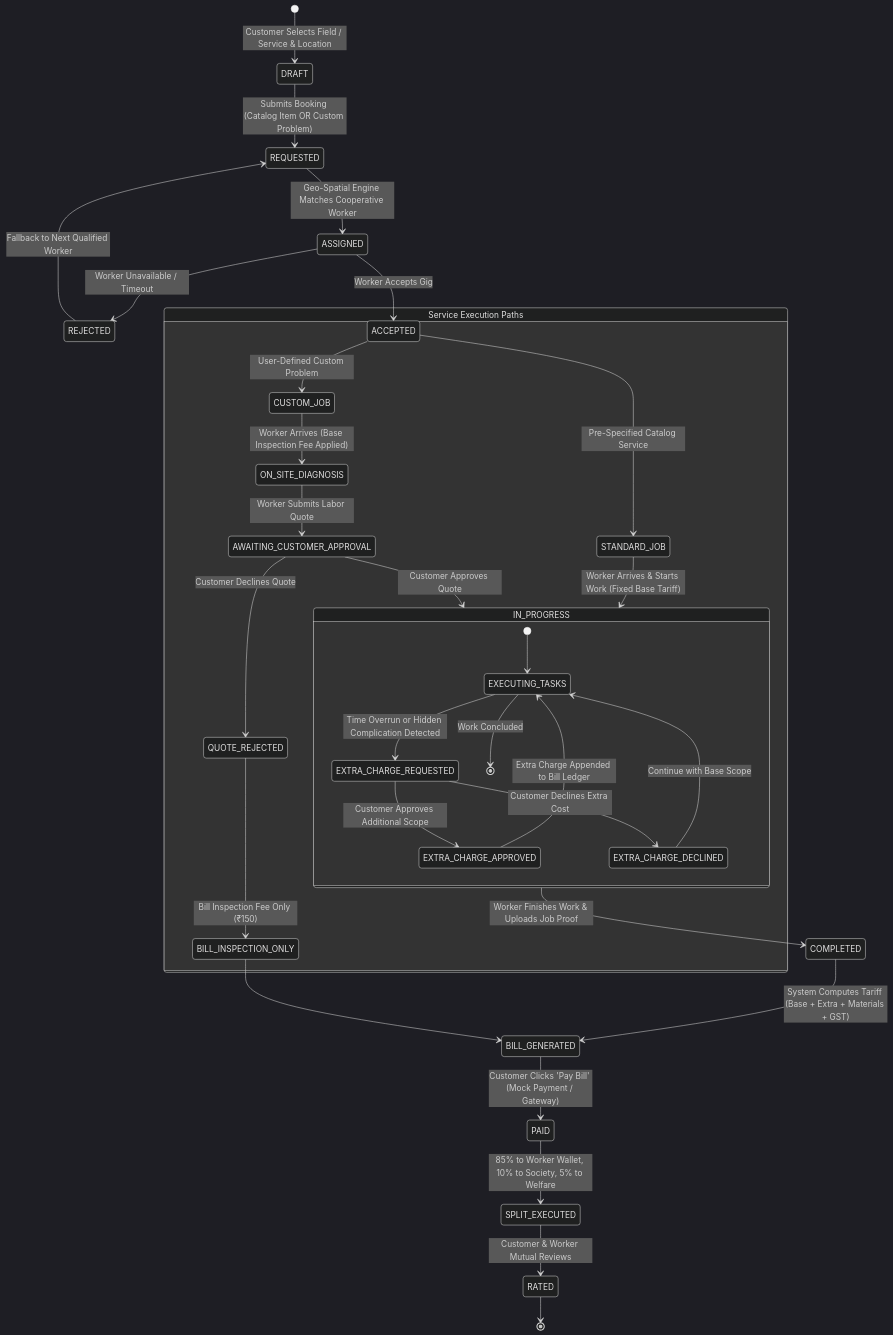
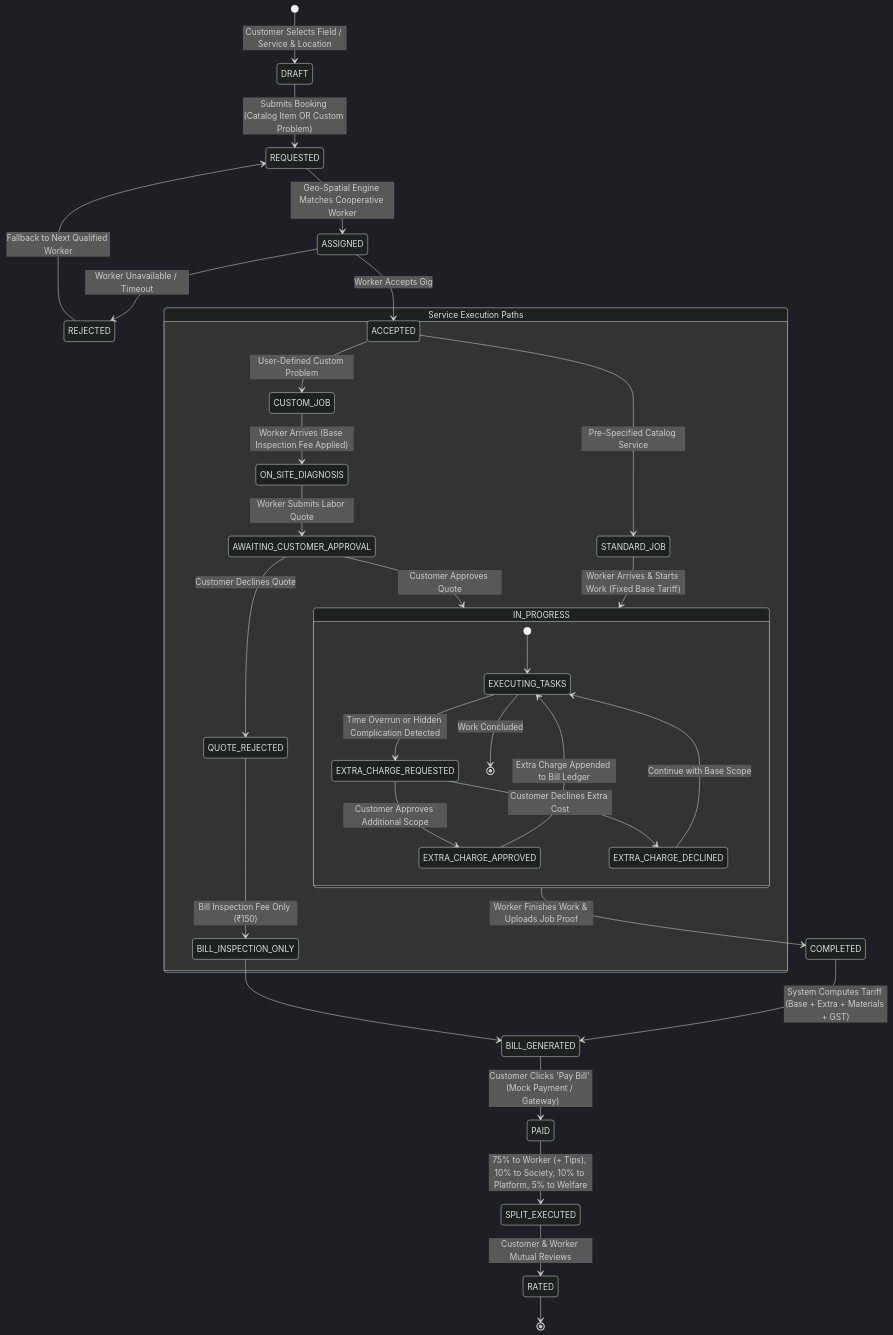
Before and after one commit to simply-piyush/A2Zee: the second of 2 diagrams in docs/ARCHITECTURE.md, drawn with Mermaid (dark theme). The commit also changed other lines of this file and 51 other files, not shown here.

````diff
--- a/docs/ARCHITECTURE.md
+++ b/docs/ARCHITECTURE.md
@@ -62,39 +62,39 @@
 ```mermaid
 stateDiagram-v2
     [*] --> DRAFT: Customer Selects Field / Service & Location
     DRAFT --> REQUESTED: Submits Booking (Catalog Item OR Custom Problem)
     REQUESTED --> ASSIGNED: Geo-Spatial Engine Matches Cooperative Worker
     ASSIGNED --> REJECTED: Worker Unavailable / Timeout
     REJECTED --> REQUESTED: Fallback to Next Qualified Worker
     ASSIGNED --> ACCEPTED: Worker Accepts Gig
     
     state "Service Execution Paths" as ServiceBranch {
         ACCEPTED --> STANDARD_JOB: Pre-Specified Catalog Service
         STANDARD_JOB --> IN_PROGRESS: Worker Arrives & Starts Work (Fixed Base Tariff)
         
         ACCEPTED --> CUSTOM_JOB: User-Defined Custom Problem
         CUSTOM_JOB --> ON_SITE_DIAGNOSIS: Worker Arrives (Base Inspection Fee Applied)
         ON_SITE_DIAGNOSIS --> AWAITING_CUSTOMER_APPROVAL: Worker Submits Labor Quote
         AWAITING_CUSTOMER_APPROVAL --> IN_PROGRESS: Customer Approves Quote
         AWAITING_CUSTOMER_APPROVAL --> QUOTE_REJECTED: Customer Declines Quote
         QUOTE_REJECTED --> BILL_INSPECTION_ONLY: Bill Inspection Fee Only (₹150)
     }
     
     state IN_PROGRESS {
         [*] --> EXECUTING_TASKS
         EXECUTING_TASKS --> EXTRA_CHARGE_REQUESTED: Time Overrun or Hidden Complication Detected
         EXTRA_CHARGE_REQUESTED --> EXTRA_CHARGE_APPROVED: Customer Approves Additional Scope
         EXTRA_CHARGE_REQUESTED --> EXTRA_CHARGE_DECLINED: Customer Declines Extra Cost
         EXTRA_CHARGE_APPROVED --> EXECUTING_TASKS: Extra Charge Appended to Bill Ledger
         EXTRA_CHARGE_DECLINED --> EXECUTING_TASKS: Continue with Base Scope
         EXECUTING_TASKS --> [*]: Work Concluded
     }
     
     IN_PROGRESS --> COMPLETED: Worker Finishes Work & Uploads Job Proof
     COMPLETED --> BILL_GENERATED: System Computes Tariff (Base + Extra + Materials + GST)
     BILL_INSPECTION_ONLY --> BILL_GENERATED
     BILL_GENERATED --> PAID: Customer Clicks 'Pay Bill' (Mock Payment / Gateway)
-    PAID --> SPLIT_EXECUTED: 85% to Worker Wallet, 10% to Society, 5% to Welfare
+    PAID --> SPLIT_EXECUTED: 75% to Worker (+ Tips), 10% to Society, 10% to Platform, 5% to Welfare
     SPLIT_EXECUTED --> RATED: Customer & Worker Mutual Reviews
     RATED --> [*]
 ```
````
